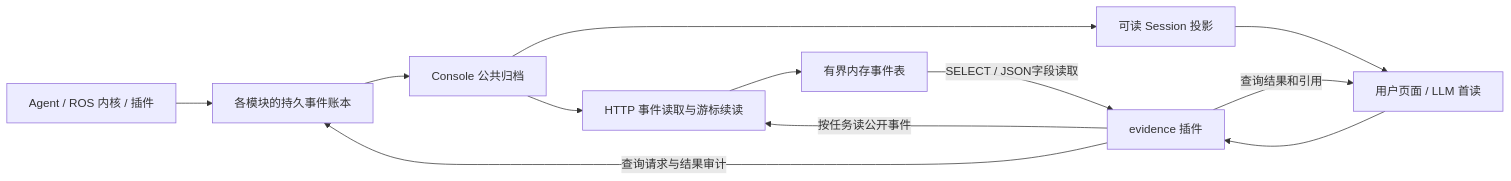
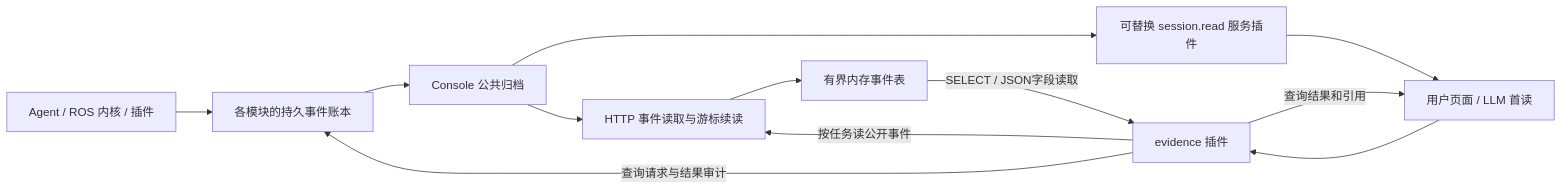
The diagram in docs/sessions.md (SUSTechWLA/edge-agent-ros), drawn with Mermaid before and after one commit. The commit also changed other lines of this file and 30 other files, not shown here.

````diff
--- a/docs/sessions.md
+++ b/docs/sessions.md
@@ -17,14 +17,14 @@
 ```mermaid
 flowchart LR
   A["Agent / ROS 内核 / 插件"] --> B["各模块的持久事件账本"]
   B --> C["Console 公共归档"]
   C --> D["HTTP 事件读取与游标续读"]
-  C --> E["可读 Session 投影"]
+  C --> E["可替换 session.read 服务插件"]
   E --> F["用户页面 / LLM 首读"]
   F --> G["evidence 插件"]
   G -->|按任务读公开事件| D
   D --> H["有界内存事件表"]
   H -->|SELECT / JSON字段读取| G
   G -->|查询结果和引用| F
   G -->|查询请求与结果审计| B
 ```
````
